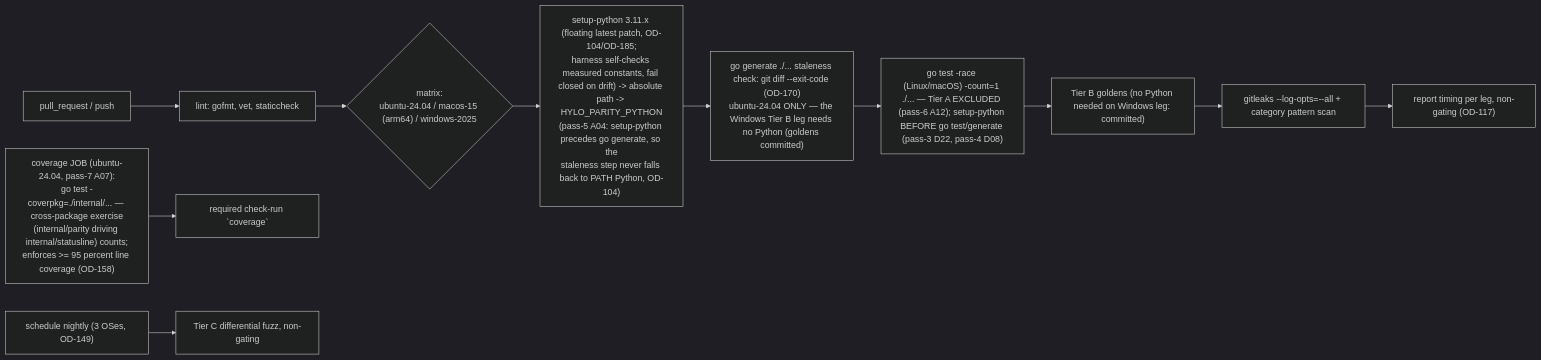
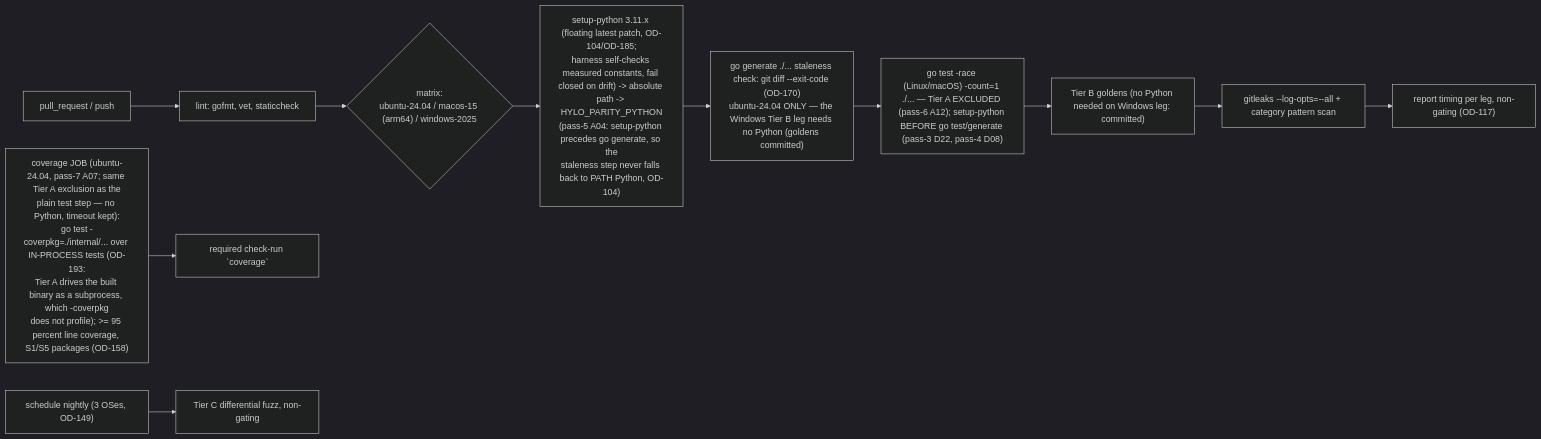
One commit to drbothen/hylo changed the diagram in specs/architecture/ARCH-08-build-ci-release.md. Above: the diagram before and after it, drawn with Mermaid (dark theme). The commit also changed other lines of this file and 120 other files, not shown here.

````diff
--- a/specs/architecture/ARCH-08-build-ci-release.md
+++ b/specs/architecture/ARCH-08-build-ci-release.md
@@ -38,13 +38,13 @@
 ```mermaid
 flowchart LR
     PR["pull_request / push"] --> L["lint: gofmt, vet, staticcheck"]
     L --> M{"matrix:<br/>ubuntu-24.04 / macos-15 (arm64) / windows-2025"}
     M --> PY["setup-python 3.11.x (floating latest patch, OD-104/OD-185;<br/>harness self-checks measured constants, fail closed on drift) -> absolute path -> HYLO_PARITY_PYTHON<br/>(pass-5 A04: setup-python precedes go generate, so the<br/>staleness step never falls back to PATH Python, OD-104)"]
     PY --> GEN["go generate ./... staleness check: git diff --exit-code (OD-170)<br/>ubuntu-24.04 ONLY — the Windows Tier B leg needs no Python (goldens committed)"]
     GEN --> T["go test -race (Linux/macOS) -count=1 ./... — Tier A EXCLUDED (pass-6 A12); setup-python BEFORE go test/generate (pass-3 D22, pass-4 D08)"]
     T --> TB["Tier B goldens (no Python needed on Windows leg: committed)"]
     TB --> HL["gitleaks --log-opts=--all + category pattern scan"]
     HL --> J["report timing per leg, non-gating (OD-117)"]
-    COVJOB["coverage JOB (ubuntu-24.04, pass-7 A07):<br/>go test -coverpkg=./internal/... — cross-package exercise<br/>(internal/parity driving internal/statusline) counts;<br/>enforces >= 95 percent line coverage (OD-158)"] --> REQ["required check-run `coverage`"]
+    COVJOB["coverage JOB (ubuntu-24.04, pass-7 A07; same Tier A exclusion as the<br/>plain test step — no Python, timeout kept):<br/>go test -coverpkg=./internal/... over IN-PROCESS tests (OD-193:<br/>Tier A drives the built binary as a subprocess, which -coverpkg<br/>does not profile); >= 95 percent line coverage, S1/S5 packages (OD-158)"] --> REQ["required check-run `coverage`"]
     Nightly["schedule nightly (3 OSes, OD-149)"] --> TC["Tier C differential fuzz, non-gating"]
 ```
````
